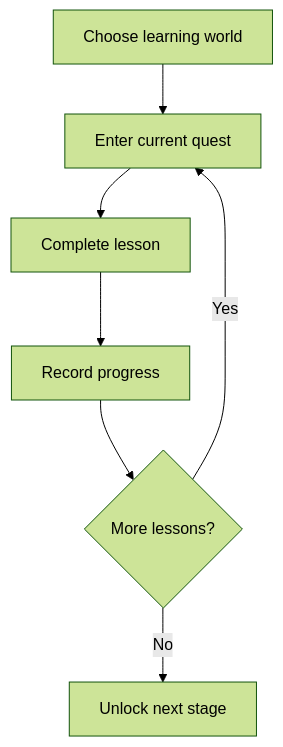
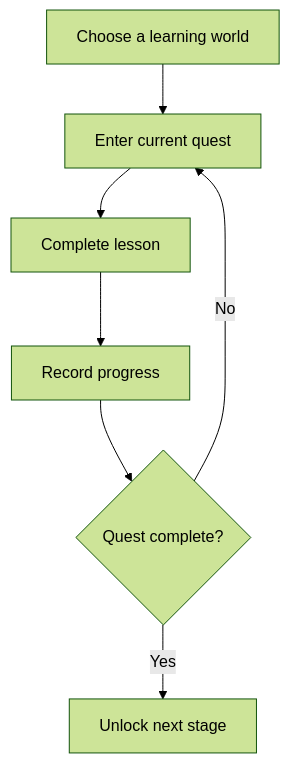
Before and after one commit to farismnrr/portofolio: the second of 4 diagrams in frontend/content/projects/masih-awam-lms.md, drawn with Mermaid (forest theme). The commit also changed other lines of this file and 6 other files, not shown here.

````diff
--- a/frontend/content/projects/masih-awam-lms.md
+++ b/frontend/content/projects/masih-awam-lms.md
@@ -68,9 +66,9 @@
 ```mermaid
 flowchart TD
-    A[Choose learning world] --> B[Enter current quest]
+    A[Choose a learning world] --> B[Enter current quest]
     B --> C[Complete lesson]
     C --> D[Record progress]
-    D --> E{More lessons?}
-    E -->|Yes| B
-    E -->|No| F[Unlock next stage]
+    D --> E{Quest complete?}
+    E -->|No| B
+    E -->|Yes| F[Unlock next stage]
 ```
````
